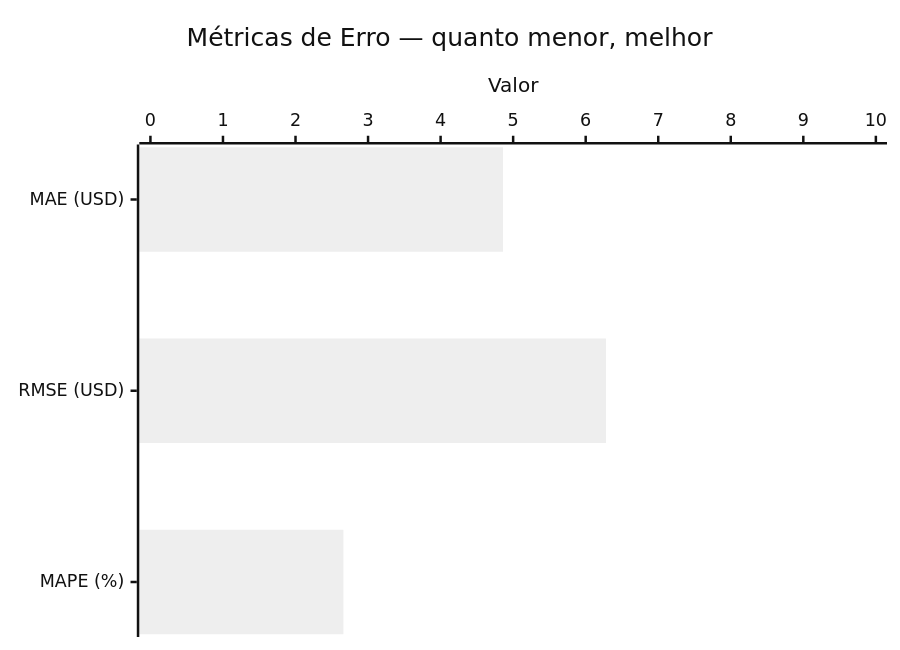
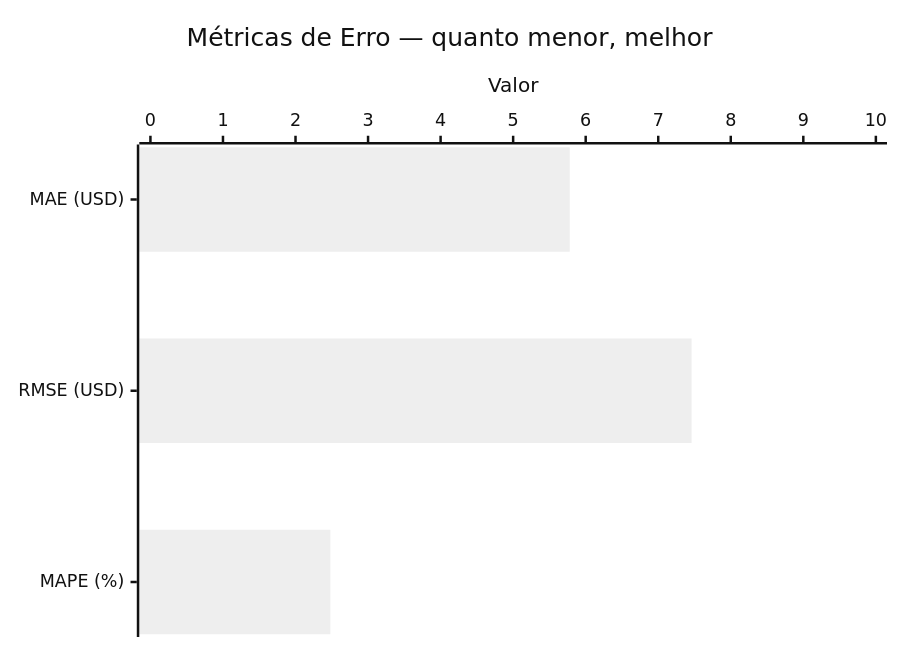
Before and after one commit to dionebraga/Pos_Tech_MLET-Fase-4: the fifth of 7 diagrams in README.md, drawn with Mermaid (neutral theme). The commit also changed other lines of this file and 7 other files, not shown here.

````diff
--- a/README.md
+++ b/README.md
@@ -359,7 +359,7 @@
 ```mermaid
 xychart-beta horizontal
     title "Métricas de Erro — quanto menor, melhor"
     x-axis ["MAE (USD)", "RMSE (USD)", "MAPE (%)"]
     y-axis "Valor" 0 --> 10
-    bar [4.86, 6.28, 2.66]
+    bar [5.78, 7.46, 2.48]
 ```
````
